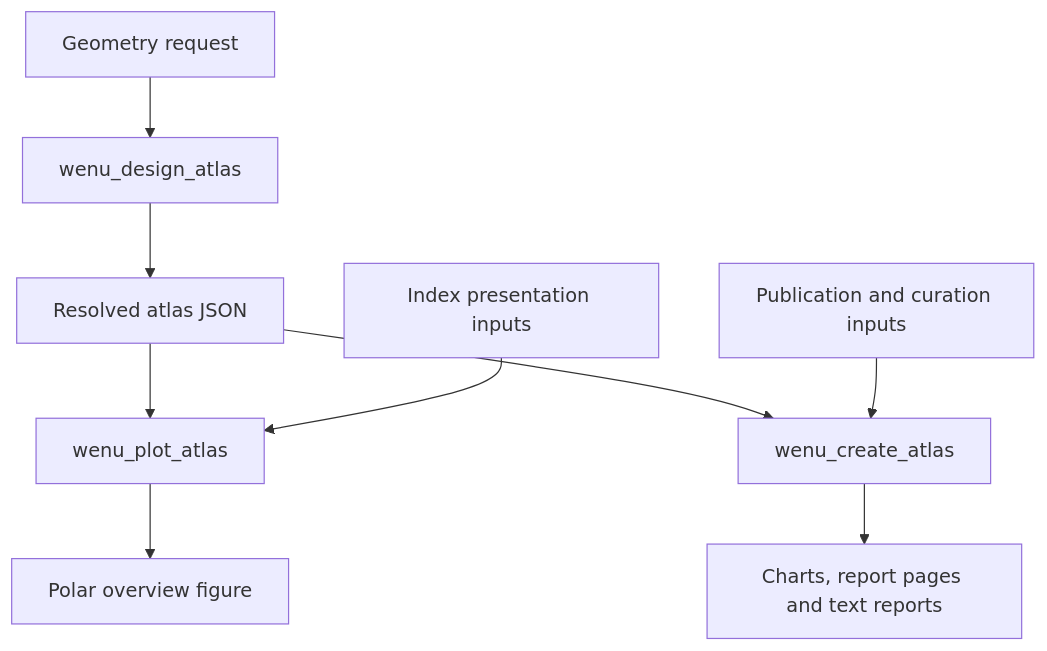
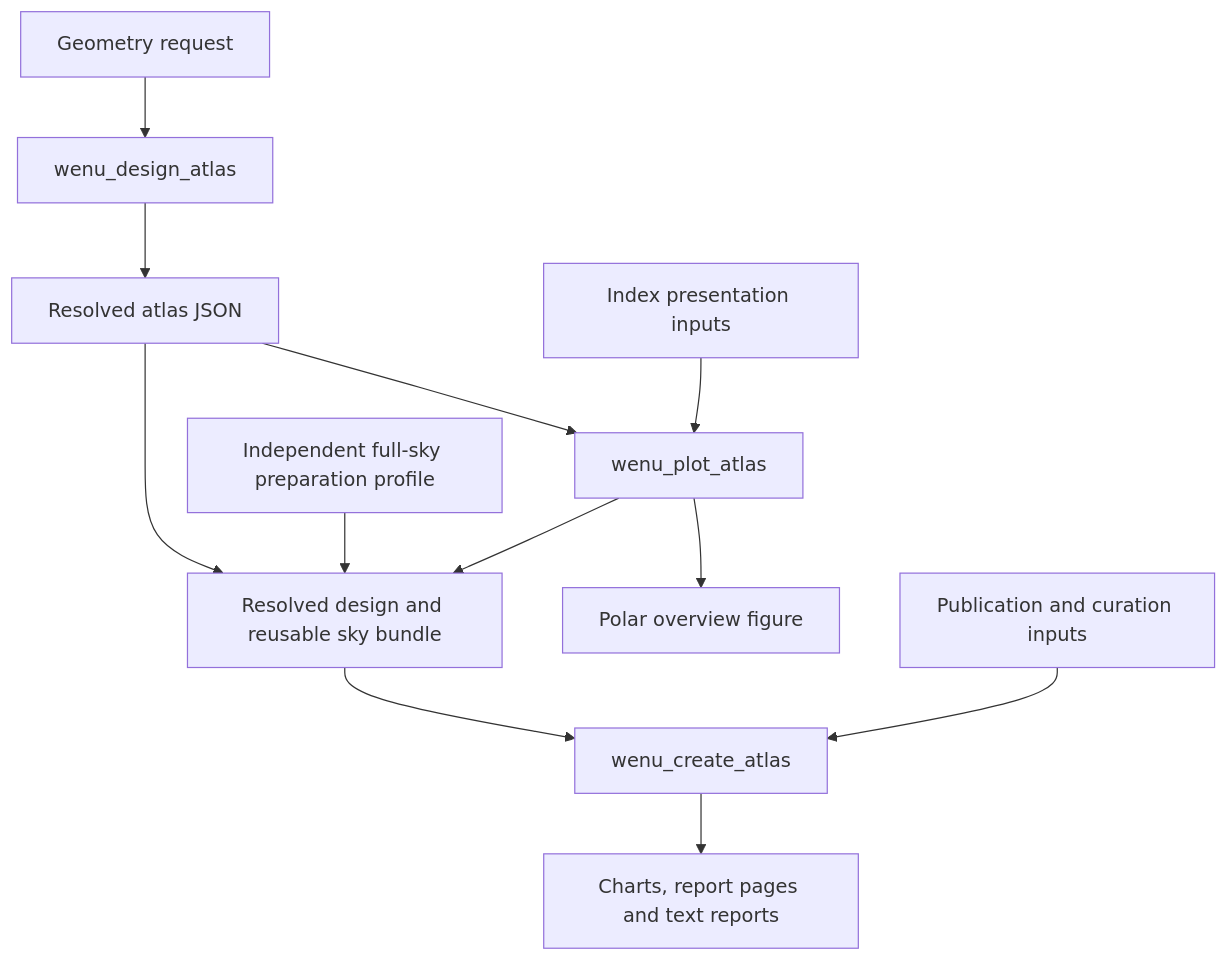
One commit to fselman/wenu changed the diagram in docs/user_guide/atlas.md. Above: the diagram before and after it, drawn with Mermaid. The commit also changed other lines of this file and 3 other files, not shown here.

Commit message:
Define atlas publication selectors, persisted sky reuse and parallel batch contract

````diff
--- a/docs/user_guide/atlas.md
+++ b/docs/user_guide/atlas.md
@@ -13,11 +14,14 @@
 ```mermaid
 flowchart TD
     G["Geometry request"] --> D["wenu_design_atlas"]
     D --> J["Resolved atlas JSON"]
     J --> P["wenu_plot_atlas"]
     I["Index presentation inputs"] --> P
     P --> O["Polar overview figure"]
-    J --> C["wenu_create_atlas"]
+    J --> B["Resolved design and reusable sky bundle"]
+    P --> B
+    F["Independent full-sky preparation profile"] --> B
+    B --> C["wenu_create_atlas"]
     E["Publication and curation inputs"] --> C
     C --> R["Charts, report pages and text reports"]
 ```
````
